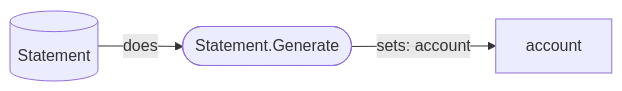
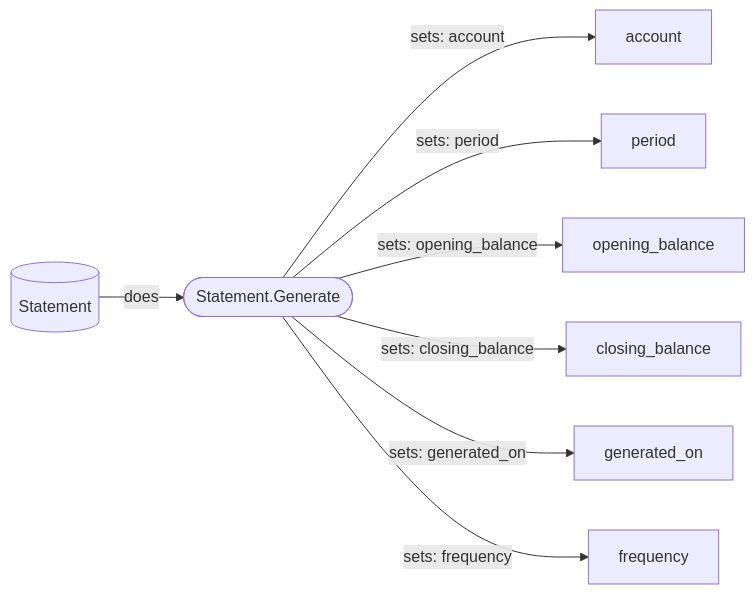
The diagram in docs/generated/diagrams/banking/Statement_surface.mmd (chrisyoung/hecks), drawn with Mermaid before and after one commit. The commit also changed 17 other files, not shown here.

```diff
--- a/docs/generated/diagrams/banking/Statement_surface.mmd
+++ b/docs/generated/diagrams/banking/Statement_surface.mmd
@@ -1,5 +1,10 @@
 %% GENERATED by bin/project_diagrams from Statement's own declared commands (and what each writes) and queries — DO NOT EDIT BY HAND.
 %% Re-run `bin/project_diagrams <domain-path> Banking` after any change.
 flowchart LR
     Statement[(Statement)] -->|does| cmd_Statement_Generate(["Statement.Generate"])
     cmd_Statement_Generate(["Statement.Generate"]) -->|"sets: account"| attr_Statement_account[account]
+    cmd_Statement_Generate(["Statement.Generate"]) -->|"sets: period"| attr_Statement_period[period]
+    cmd_Statement_Generate(["Statement.Generate"]) -->|"sets: opening_balance"| attr_Statement_opening_balance[opening_balance]
+    cmd_Statement_Generate(["Statement.Generate"]) -->|"sets: closing_balance"| attr_Statement_closing_balance[closing_balance]
+    cmd_Statement_Generate(["Statement.Generate"]) -->|"sets: generated_on"| attr_Statement_generated_on[generated_on]
+    cmd_Statement_Generate(["Statement.Generate"]) -->|"sets: frequency"| attr_Statement_frequency[frequency]
```
